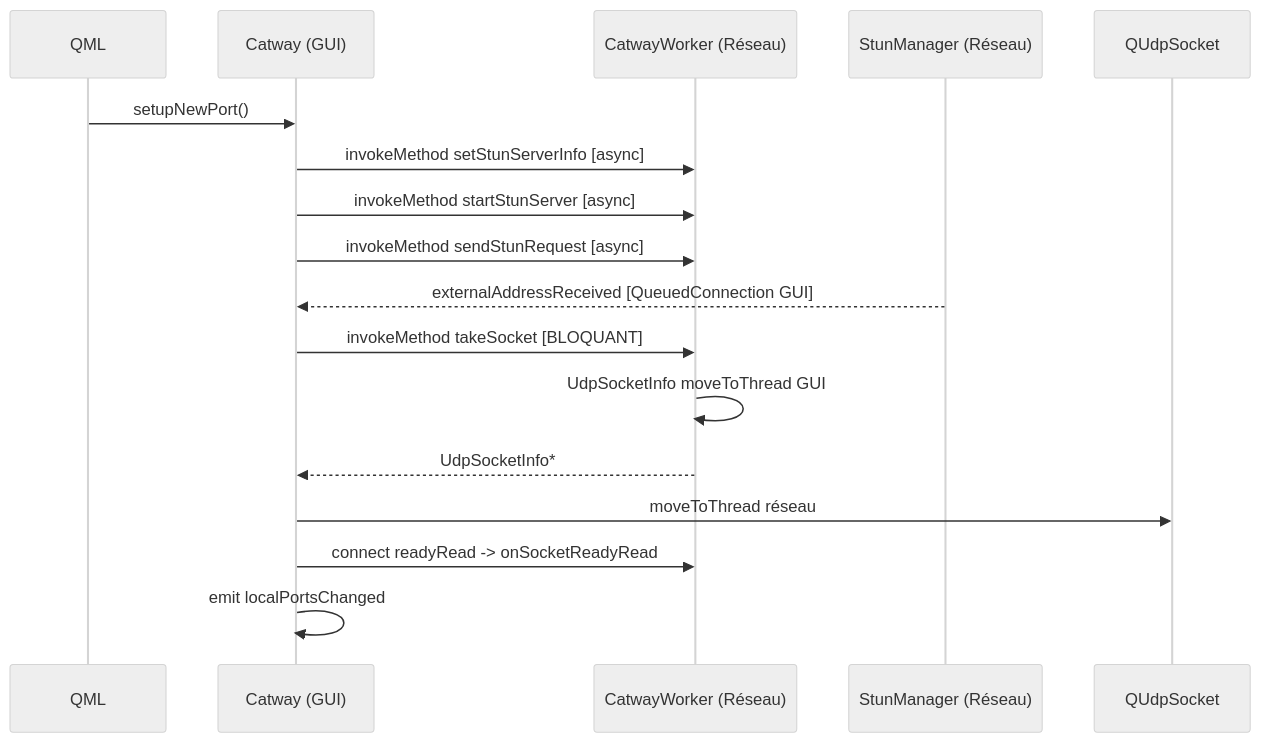
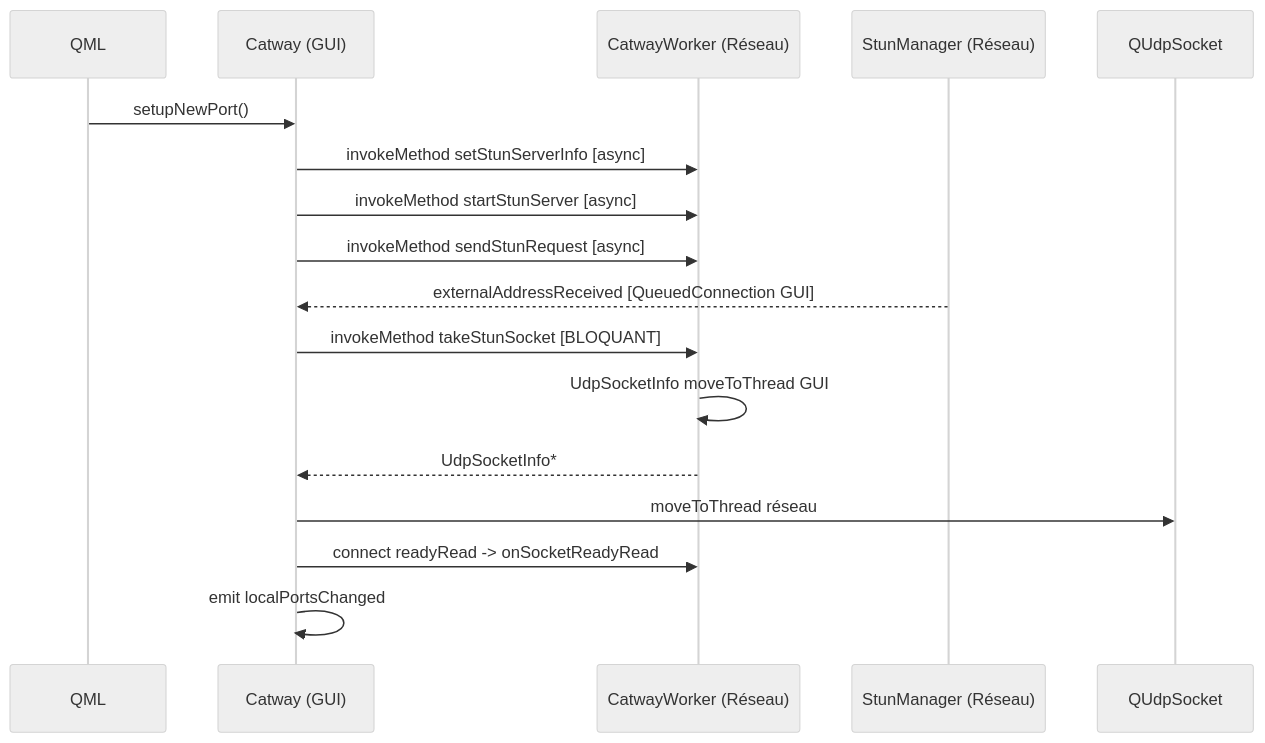
The second of 6 diagrams in Meownopoly/doc/architecture/CATWAY_ARCHITECTURE.md (antoinnneee/meownopoly), drawn with Mermaid (neutral theme) before and after one commit. The commit also changed other lines of this file and 5 other files, not shown here.

````diff
--- a/Meownopoly/doc/architecture/CATWAY_ARCHITECTURE.md
+++ b/Meownopoly/doc/architecture/CATWAY_ARCHITECTURE.md
@@ -149,19 +176,19 @@
 ```mermaid
 sequenceDiagram
     participant QML
     participant Catway as Catway (GUI)
     participant Worker as CatwayWorker (Réseau)
     participant STUN as StunManager (Réseau)
 
     QML->>Catway: setupNewPort()
     Catway->>Worker: invokeMethod setStunServerInfo [async]
     Catway->>Worker: invokeMethod startStunServer [async]
     Catway->>Worker: invokeMethod sendStunRequest [async]
     STUN-->>Catway: externalAddressReceived [QueuedConnection GUI]
-    Catway->>Worker: invokeMethod takeSocket [BLOQUANT]
+    Catway->>Worker: invokeMethod takeStunSocket [BLOQUANT]
     Worker->>Worker: UdpSocketInfo moveToThread GUI
     Worker-->>Catway: UdpSocketInfo*
     Catway->>QUdpSocket: moveToThread réseau
     Catway->>Worker: connect readyRead -> onSocketReadyRead
     Catway->>Catway: emit localPortsChanged
 ```
````
